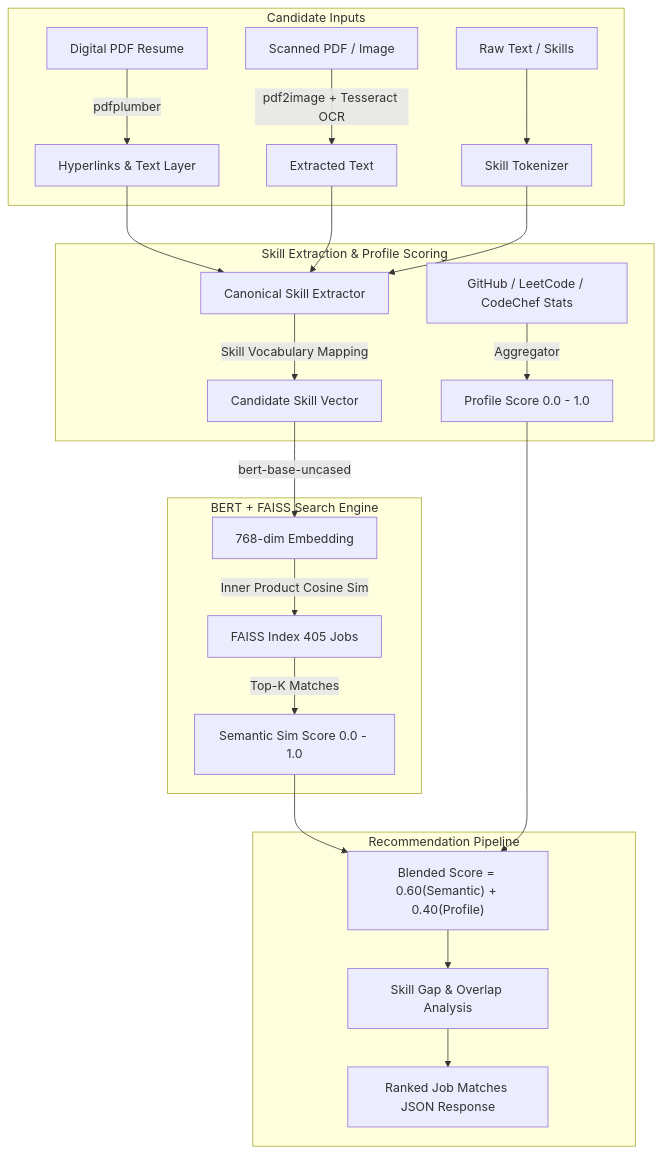
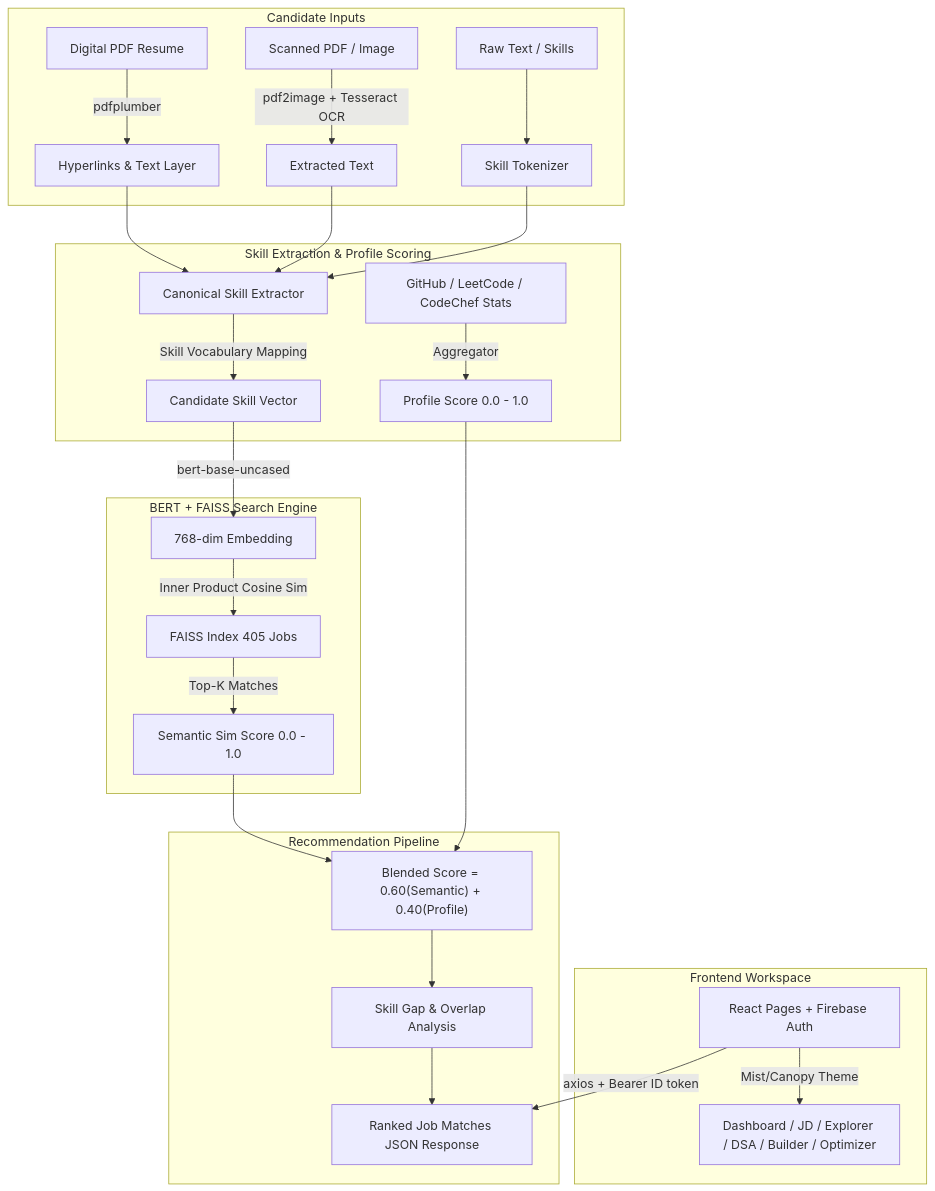
The diagram in README.md (SoubhLance/Skill-Sync), drawn with Mermaid before and after one commit. The commit also changed other lines of this file and 10 other files, not shown here.

````diff
--- a/README.md
+++ b/README.md
@@ -56,27 +84,32 @@
 ```mermaid
 flowchart TD
     subgraph Candidate Inputs
         A1[Digital PDF Resume] -->|pdfplumber| B1[Hyperlinks & Text Layer]
         A2[Scanned PDF / Image] -->|pdf2image + Tesseract OCR| B2[Extracted Text]
         A3[Raw Text / Skills] --> B3[Skill Tokenizer]
     end
 
     subgraph Skill Extraction & Profile Scoring
         B1 & B2 & B3 --> C1[Canonical Skill Extractor]
         C1 -->|Skill Vocabulary Mapping| D1[Candidate Skill Vector]
-        
+
         P1[GitHub / LeetCode / CodeChef Stats] -->|Aggregator| P2[Profile Score 0.0 - 1.0]
     end
 
     subgraph BERT + FAISS Search Engine
         D1 -->|bert-base-uncased| E1[768-dim Embedding]
         E1 -->|Inner Product Cosine Sim| F1[FAISS Index 405 Jobs]
         F1 -->|Top-K Matches| G1[Semantic Sim Score 0.0 - 1.0]
     end
 
     subgraph Recommendation Pipeline
         G1 & P2 --> H1["Blended Score = 0.60(Semantic) + 0.40(Profile)"]
         H1 --> I1[Skill Gap & Overlap Analysis]
         I1 --> J1[Ranked Job Matches JSON Response]
     end
+
+    subgraph Frontend Workspace
+        U1[React Pages + Firebase Auth] -->|axios + Bearer ID token| J1
+        U1 -->|Mist/Canopy Theme| U2[Dashboard / JD / Explorer / DSA / Builder / Optimizer]
+    end
 ```
````
